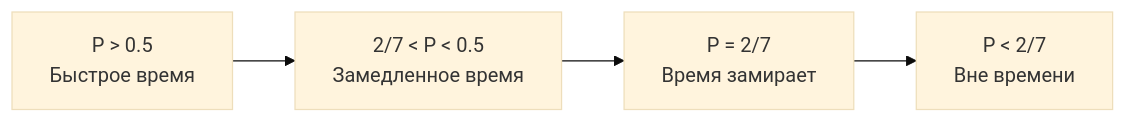
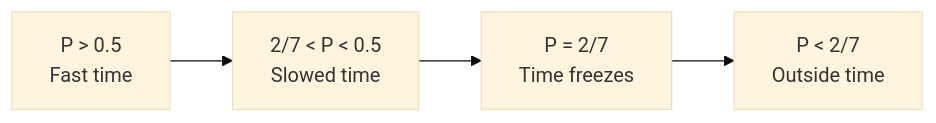
The second of 2 diagrams in website/docs/proofs/dynamics/emergent-time.md (gst-st/uhm), drawn with Mermaid (base theme) before and after one commit. The commit also changed other lines of this file and 59 other files, not shown here.

````diff
--- a/website/docs/proofs/dynamics/emergent-time.md
+++ b/website/docs/proofs/dynamics/emergent-time.md
@@ -1108,11 +1108,11 @@
 ```mermaid
 graph LR
-    P_high["P > 0.5<br/>Быстрое время"]
-    P_mid["2/7 < P < 0.5<br/>Замедленное время"]
-    P_crit["P = 2/7<br/>Время замирает"]
-    P_low["P < 2/7<br/>Вне времени"]
+    P_high["P > 0.5<br/>Fast time"]
+    P_mid["2/7 < P < 0.5<br/>Slowed time"]
+    P_crit["P = 2/7<br/>Time freezes"]
+    P_low["P < 2/7<br/>Outside time"]
 
     P_high --> P_mid
     P_mid --> P_crit
     P_crit --> P_low
 ```
````
